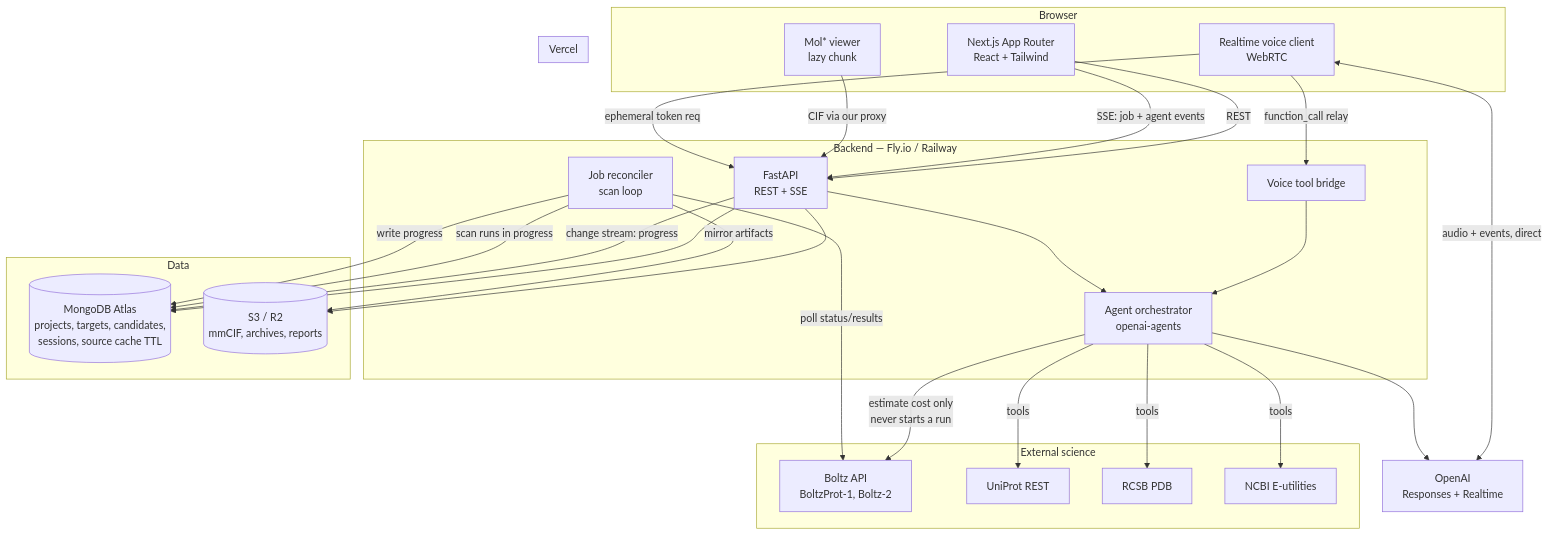
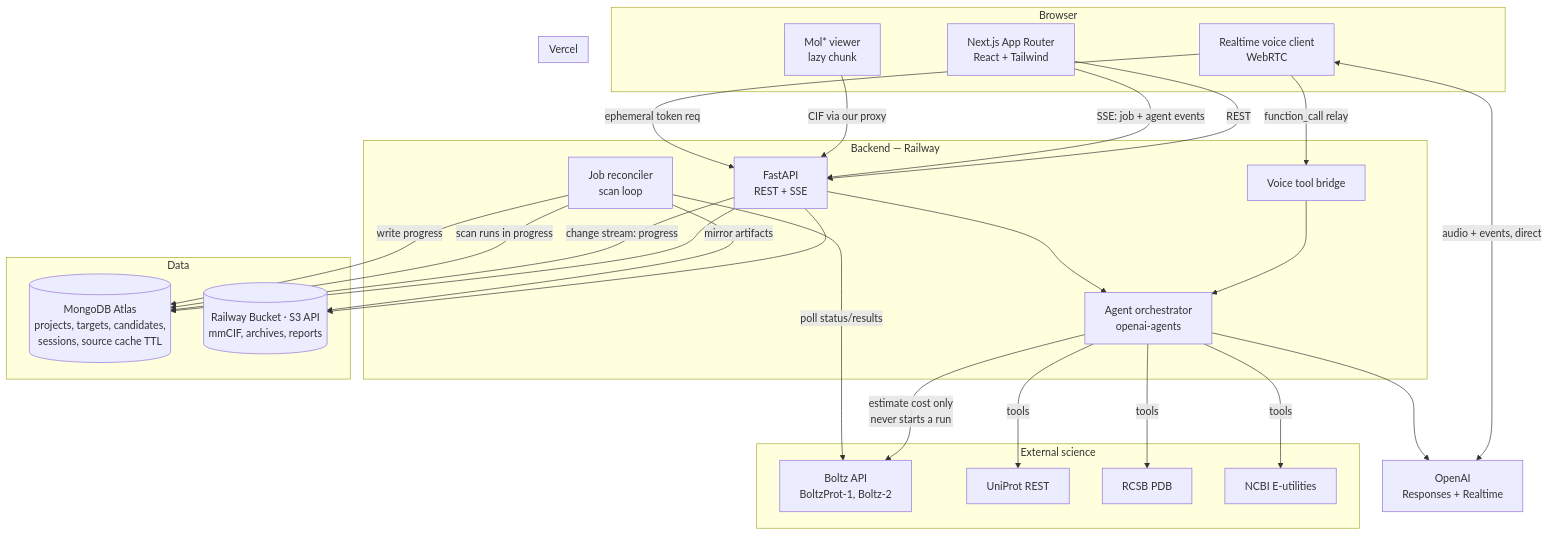
The first of 7 diagrams in ARCHITECTURE.md (Abdullah-webd/biostruct), drawn with Mermaid before and after one commit. The commit also changed other lines of this file and 4 other files, not shown here.

````diff
--- a/ARCHITECTURE.md
+++ b/ARCHITECTURE.md
@@ -136,55 +135,55 @@
 ```mermaid
 graph TB
     subgraph Browser
         UI[Next.js App Router<br/>React + Tailwind]
         MOL[Mol* viewer<br/>lazy chunk]
         RTC[Realtime voice client<br/>WebRTC]
     end
 
     subgraph Vercel
         UI
     end
 
-    subgraph "Backend — Fly.io / Railway"
+    subgraph "Backend — Railway"
         API[FastAPI<br/>REST + SSE]
         ORCH[Agent orchestrator<br/>openai-agents]
         REC[Job reconciler<br/>scan loop]
         BRIDGE[Voice tool bridge]
     end
 
     subgraph Data
         MONGO[(MongoDB Atlas<br/>projects, targets, candidates,<br/>sessions, source cache TTL)]
-        S3[(S3 / R2<br/>mmCIF, archives, reports)]
+        S3[(Railway Bucket · S3 API<br/>mmCIF, archives, reports)]
     end
 
     subgraph "External science"
         BOLTZ[Boltz API<br/>BoltzProt-1, Boltz-2]
         UNIPROT[UniProt REST]
         PDB[RCSB PDB]
         PUBMED[NCBI E-utilities]
     end
 
     OPENAI[OpenAI<br/>Responses + Realtime]
 
     UI -->|REST| API
     UI -->|SSE: job + agent events| API
     MOL -->|CIF via our proxy| API
     RTC -->|ephemeral token req| API
     RTC <-->|audio + events, direct| OPENAI
     RTC -->|function_call relay| BRIDGE
     BRIDGE --> ORCH
 
     API --> ORCH
     API --> MONGO
     API -->|change stream: progress| MONGO
     API --> S3
     ORCH --> OPENAI
     ORCH -->|tools| UNIPROT
     ORCH -->|tools| PDB
     ORCH -->|tools| PUBMED
     ORCH -->|estimate cost only<br/>never starts a run| BOLTZ
     REC -->|scan runs in progress| MONGO
     REC -->|poll status/results| BOLTZ
     REC -->|mirror artifacts| S3
     REC -->|write progress| MONGO
 ```
````
